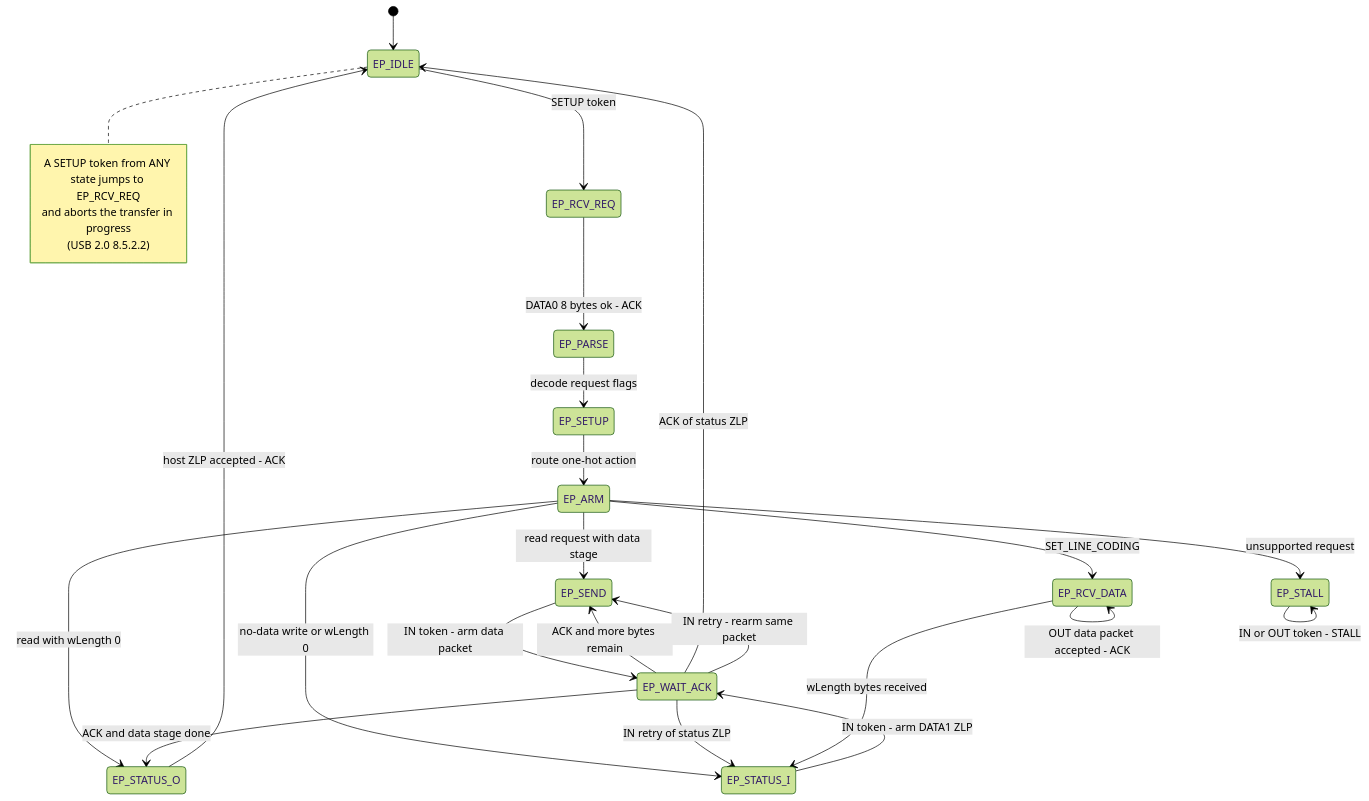
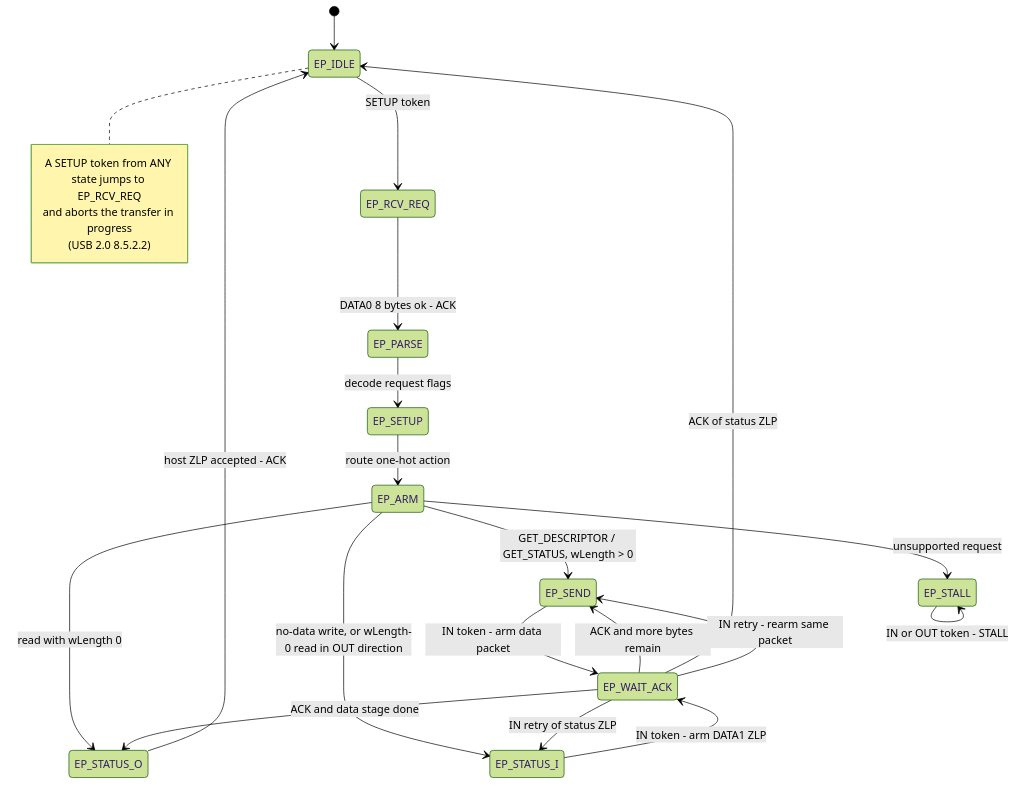
One commit to vircodificat/fomu-usb changed the diagram in wiki/usb-ep0.md. Above: the diagram before and after it, drawn with Mermaid (forest theme). The commit also changed other lines of this file and 18 other files, not shown here.

````diff
--- a/wiki/usb-ep0.md
+++ b/wiki/usb-ep0.md
@@ -119,29 +122,26 @@
 ```mermaid
 stateDiagram-v2
     [*] --> EP_IDLE
     EP_IDLE --> EP_RCV_REQ : SETUP token
     EP_RCV_REQ --> EP_PARSE : DATA0 8 bytes ok - ACK
     EP_PARSE --> EP_SETUP : decode request flags
     EP_SETUP --> EP_ARM : route one-hot action
-    EP_ARM --> EP_SEND : read request with data stage
-    EP_ARM --> EP_RCV_DATA : SET_LINE_CODING
-    EP_ARM --> EP_STATUS_I : no-data write or wLength 0
+    EP_ARM --> EP_SEND : GET_DESCRIPTOR / GET_STATUS, wLength > 0
+    EP_ARM --> EP_STATUS_I : no-data write, or wLength-0 read in OUT direction
     EP_ARM --> EP_STATUS_O : read with wLength 0
     EP_ARM --> EP_STALL : unsupported request
     EP_SEND --> EP_WAIT_ACK : IN token - arm data packet
     EP_WAIT_ACK --> EP_SEND : ACK and more bytes remain
     EP_WAIT_ACK --> EP_STATUS_O : ACK and data stage done
     EP_WAIT_ACK --> EP_IDLE : ACK of status ZLP
     EP_WAIT_ACK --> EP_SEND : IN retry - rearm same packet
     EP_WAIT_ACK --> EP_STATUS_I : IN retry of status ZLP
-    EP_RCV_DATA --> EP_RCV_DATA : OUT data packet accepted - ACK
-    EP_RCV_DATA --> EP_STATUS_I : wLength bytes received
     EP_STATUS_I --> EP_WAIT_ACK : IN token - arm DATA1 ZLP
     EP_STATUS_O --> EP_IDLE : host ZLP accepted - ACK
     EP_STALL --> EP_STALL : IN or OUT token - STALL
     note right of EP_IDLE
         A SETUP token from ANY state jumps to EP_RCV_REQ
         and aborts the transfer in progress
         (USB 2.0 8.5.2.2)
     end note
 ```
````
